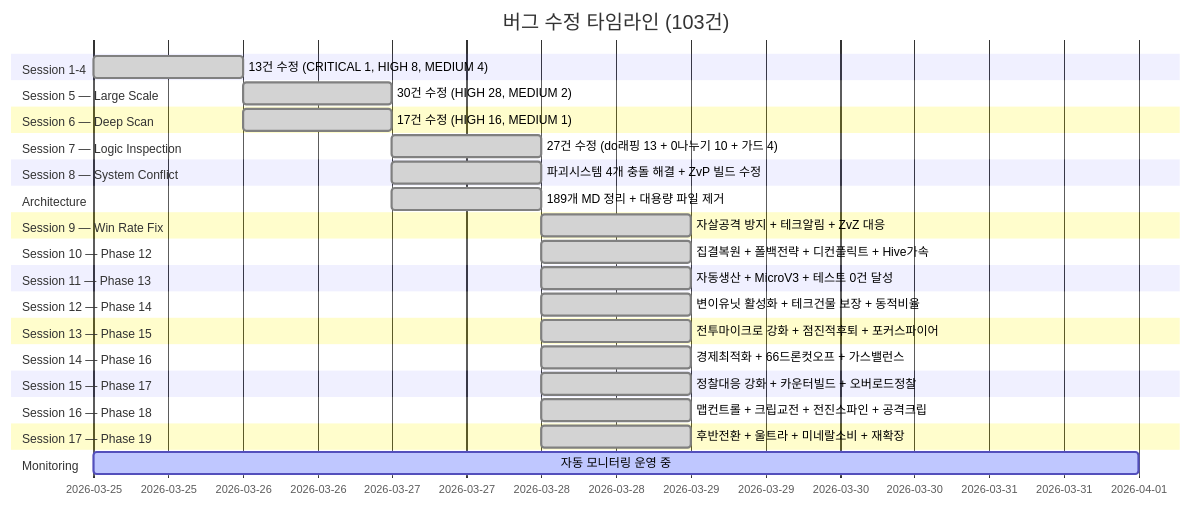
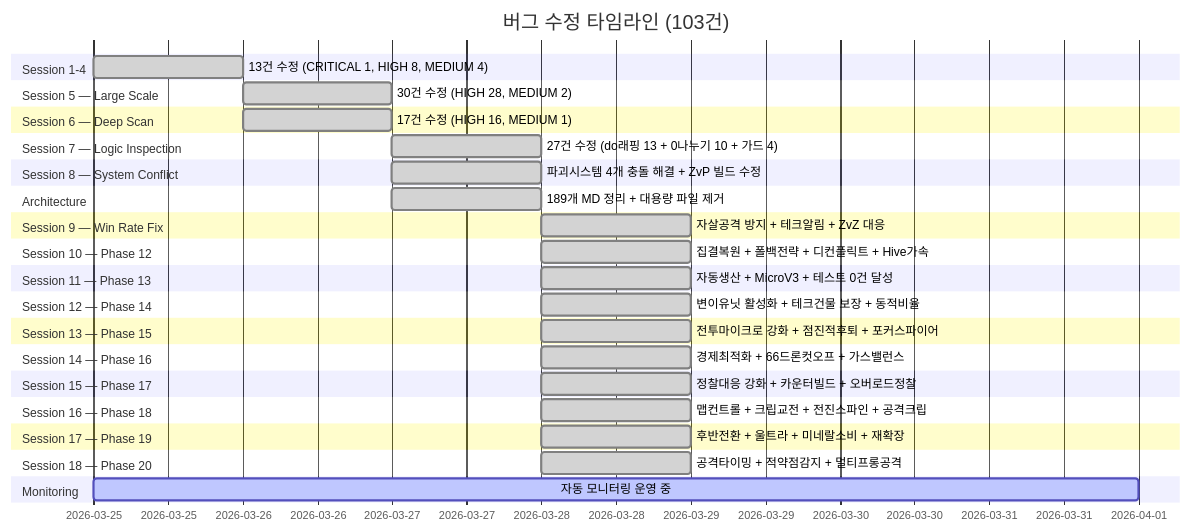
Before and after one commit to sun475300-sudo/Swarm-control-in-sc2bot: diagram 23 of 31 in README.md, drawn with Mermaid. The commit also changed other lines of this file and 2 other files, not shown here.

First line of the commit message:
feat: Phase 20 공격 타이밍 최적화 — 점진적 임계값 + 적약점감지 + 멀티프롱

````diff
--- a/README.md
+++ b/README.md
@@ -633,37 +633,39 @@
 ```mermaid
 gantt
     title 버그 수정 타임라인 (103건)
     dateFormat YYYY-MM-DD
     section Session 1-4
         13건 수정 (CRITICAL 1, HIGH 8, MEDIUM 4)   :done, s1, 2026-03-25, 1d
     section Session 5 — Large Scale
         30건 수정 (HIGH 28, MEDIUM 2)              :done, s5, 2026-03-26, 1d
     section Session 6 — Deep Scan
         17건 수정 (HIGH 16, MEDIUM 1)              :done, s6, 2026-03-26, 1d
     section Session 7 — Logic Inspection
         27건 수정 (do래핑 13 + 0나누기 10 + 가드 4) :done, s7, 2026-03-27, 1d
     section Session 8 — System Conflict
         파괴시스템 4개 충돌 해결 + ZvP 빌드 수정    :done, s8, 2026-03-27, 1d
     section Architecture
         189개 MD 정리 + 대용량 파일 제거            :done, s9, 2026-03-27, 1d
     section Session 9 — Win Rate Fix
         자살공격 방지 + 테크알림 + ZvZ 대응         :done, s10, 2026-03-28, 1d
     section Session 10 — Phase 12
         집결복원 + 폴백전략 + 디컨플릭트 + Hive가속 :done, s11, 2026-03-28, 1d
     section Session 11 — Phase 13
         자동생산 + MicroV3 + 테스트 0건 달성       :done, s12, 2026-03-28, 1d
     section Session 12 — Phase 14
         변이유닛 활성화 + 테크건물 보장 + 동적비율  :done, s13, 2026-03-28, 1d
     section Session 13 — Phase 15
         전투마이크로 강화 + 점진적후퇴 + 포커스파이어 :done, s14, 2026-03-28, 1d
     section Session 14 — Phase 16
         경제최적화 + 66드론컷오프 + 가스밸런스     :done, s15, 2026-03-28, 1d
     section Session 15 — Phase 17
         정찰대응 강화 + 카운터빌드 + 오버로드정찰   :done, s16, 2026-03-28, 1d
     section Session 16 — Phase 18
         맵컨트롤 + 크립교전 + 전진스파인 + 공격크립 :done, s17, 2026-03-28, 1d
     section Session 17 — Phase 19
         후반전환 + 울트라 + 미네랄소비 + 재확장    :done, s18, 2026-03-28, 1d
+    section Session 18 — Phase 20
+        공격타이밍 + 적약점감지 + 멀티프롱공격     :done, s19, 2026-03-28, 1d
     section Monitoring
         자동 모니터링 운영 중                        :active, mon, 2026-03-25, 7d
 ```
````
